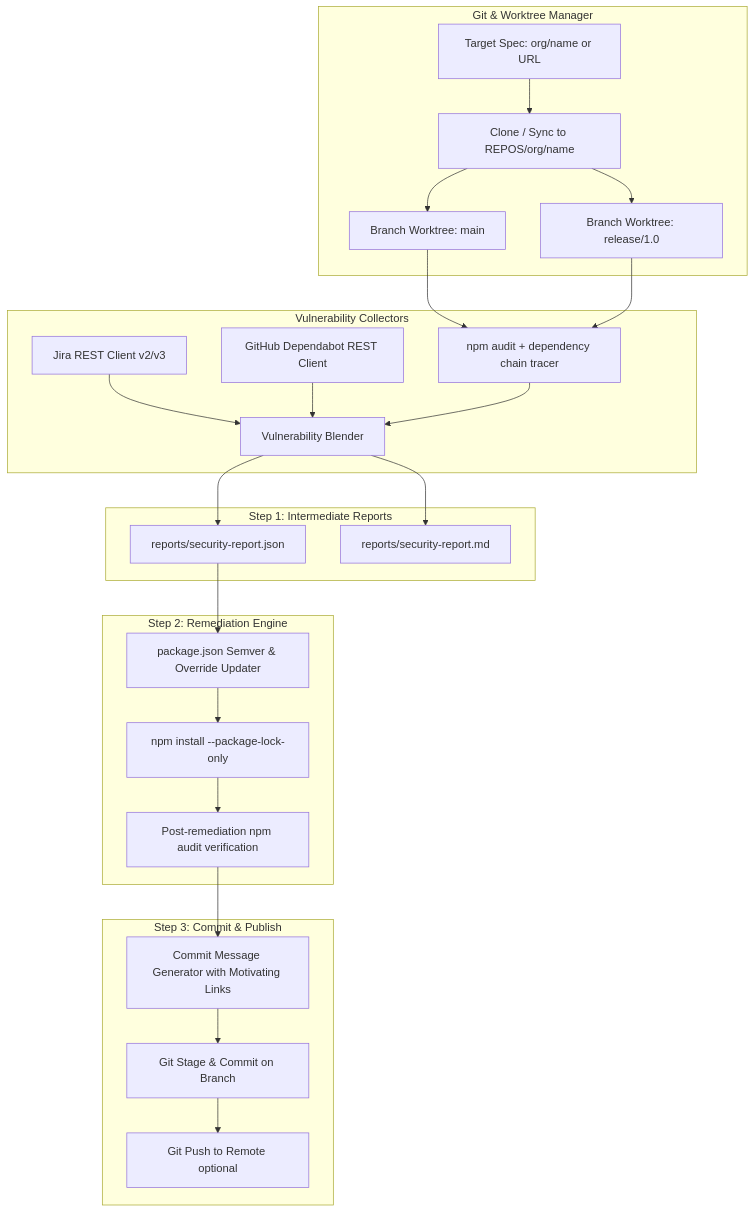
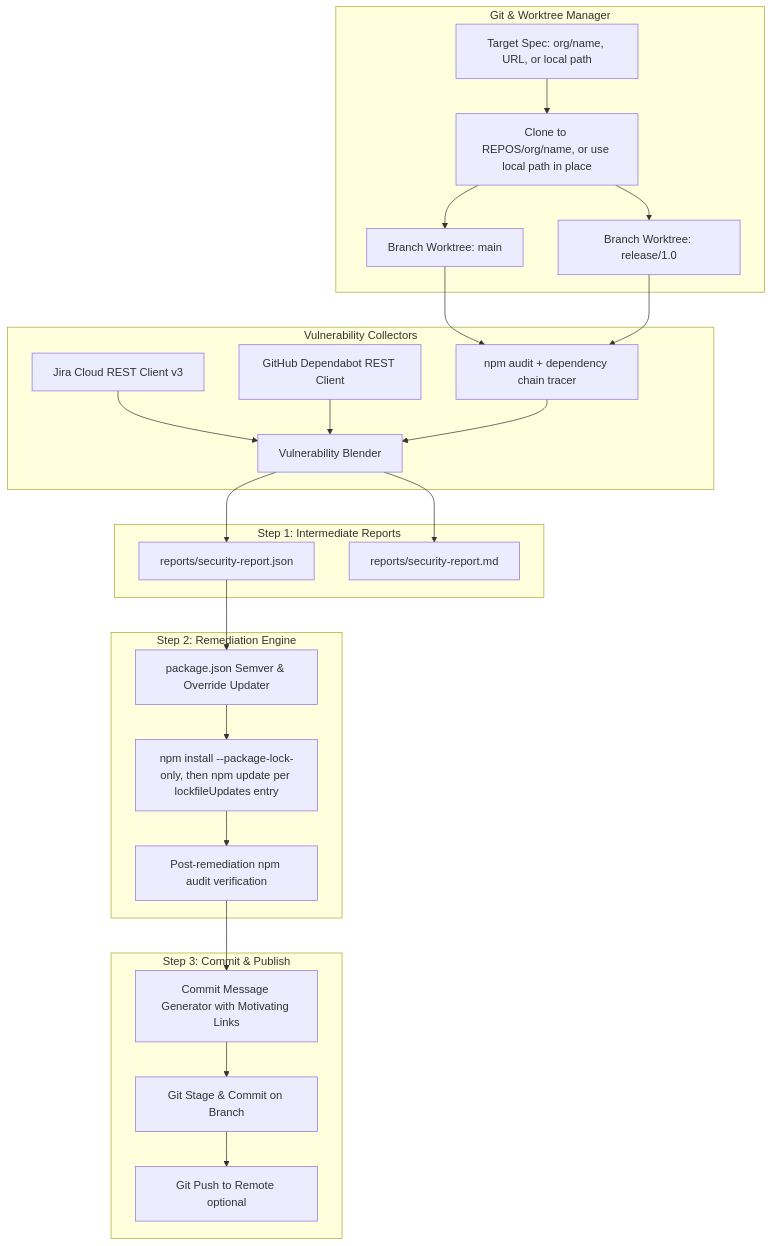
One commit to sjd78/security-report changed the diagram in AGENTS.md. Above: the diagram before and after it, drawn with Mermaid. The commit also changed other lines of this file and 3 other files, not shown here.

````diff
--- a/AGENTS.md
+++ b/AGENTS.md
@@ -19,32 +19,32 @@
 ```mermaid
 flowchart TD
     subgraph RepoManager [Git & Worktree Manager]
-        Spec[Target Spec: org/name or URL] --> Clone[Clone / Sync to REPOS/org/name]
+        Spec[Target Spec: org/name, URL, or local path] --> Clone[Clone to REPOS/org/name, or use local path in place]
         Clone --> WT1[Branch Worktree: main]
         Clone --> WT2[Branch Worktree: release/1.0]
     end
 
     subgraph Collectors [Vulnerability Collectors]
         WT1 & WT2 --> Audit[npm audit + dependency chain tracer]
-        Jira[Jira REST Client v2/v3] --> Blend[Vulnerability Blender]
+        Jira[Jira Cloud REST Client v3] --> Blend[Vulnerability Blender]
         GH[GitHub Dependabot REST Client] --> Blend
         Audit --> Blend
     end
 
     subgraph IntermediateReporting [Step 1: Intermediate Reports]
         Blend --> JSONReport[reports/security-report.json]
         Blend --> MDReport[reports/security-report.md]
     end
 
     subgraph RemediationEngine [Step 2: Remediation Engine]
         JSONReport --> PkgUpdater[package.json Semver & Override Updater]
-        PkgUpdater --> LockUpdater[npm install --package-lock-only]
+        PkgUpdater --> LockUpdater[npm install --package-lock-only, then npm update per lockfileUpdates entry]
         LockUpdater --> Verify[Post-remediation npm audit verification]
     end
 
     subgraph CommitPublish [Step 3: Commit & Publish]
         Verify --> CommitGen[Commit Message Generator with Motivating Links]
         CommitGen --> GitCommit[Git Stage & Commit on Branch]
         GitCommit --> Push[Git Push to Remote optional]
     end
 ```
````
